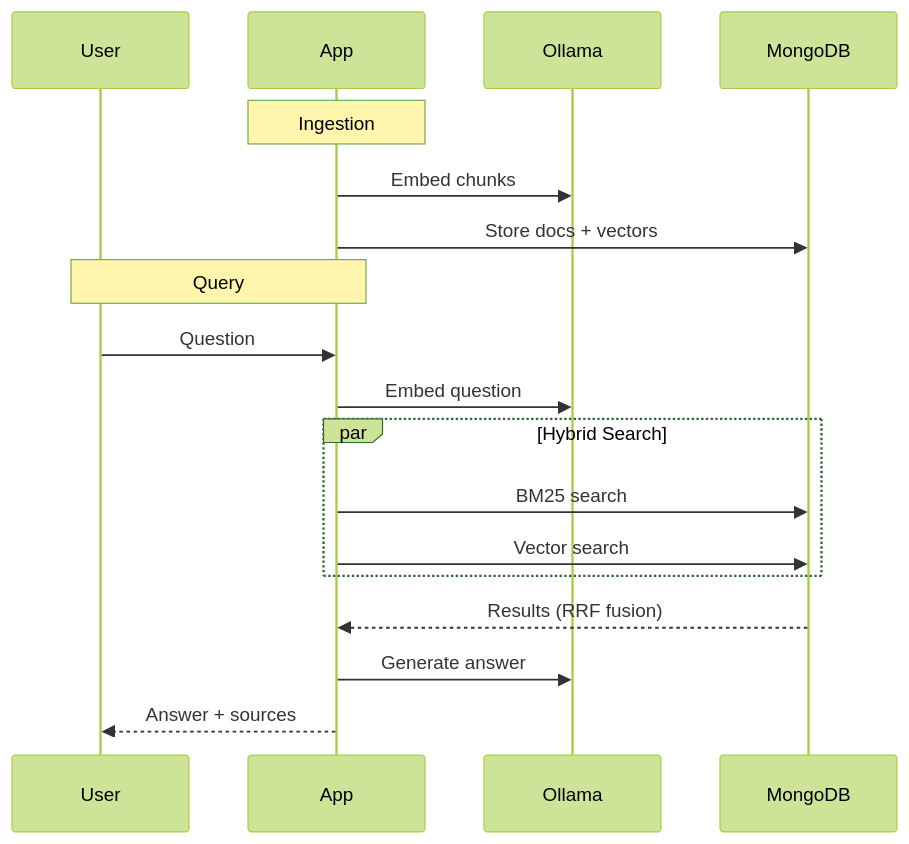
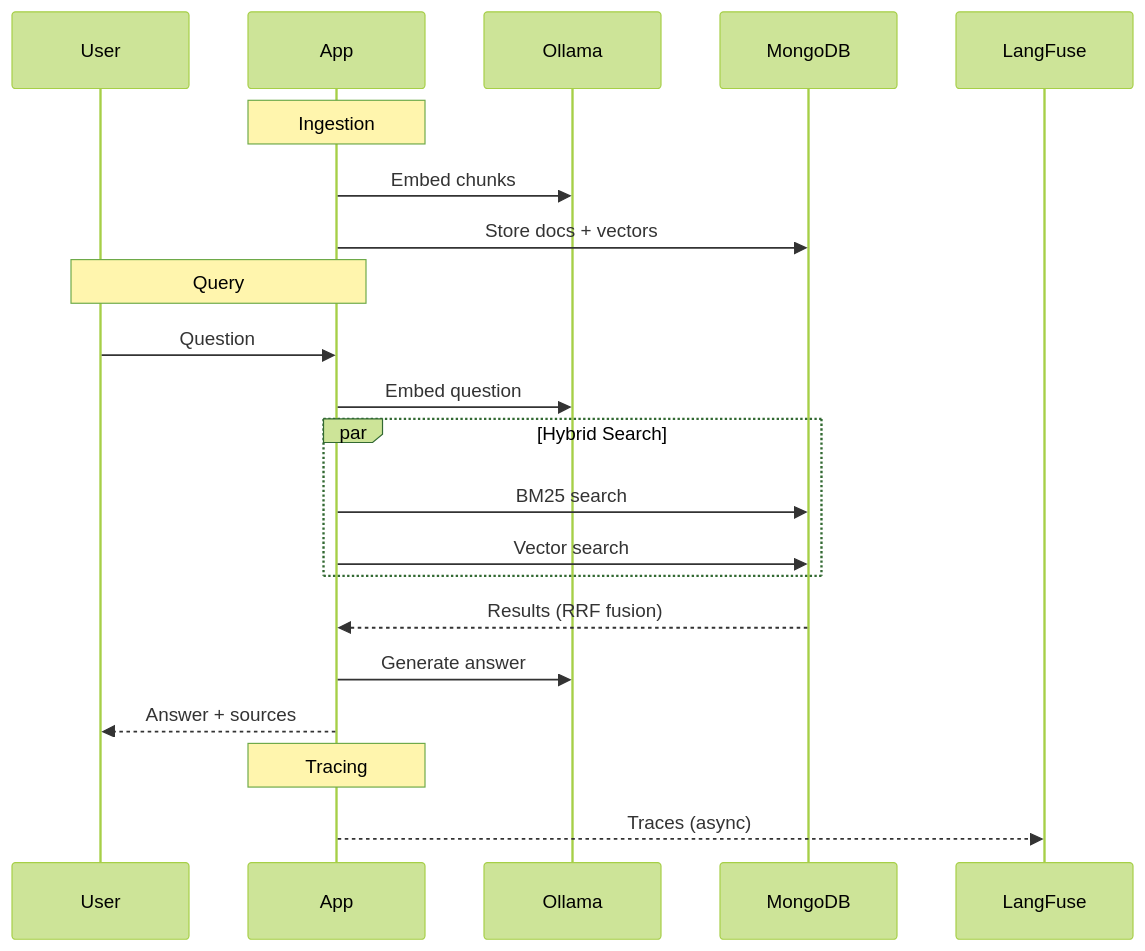
Before and after one commit to mpistrang/rag-assignment: the diagram in README.md, drawn with Mermaid (forest theme). The commit also changed other lines of this file and 2 other files, not shown here.

````diff
--- a/README.md
+++ b/README.md
@@ -9,22 +9,26 @@
 ```mermaid
 sequenceDiagram
     participant U as User
     participant A as App
     participant O as Ollama
     participant M as MongoDB
+    participant L as LangFuse
 
     note over A: Ingestion
     A->>O: Embed chunks
     A->>M: Store docs + vectors
 
     note over U,A: Query
     U->>A: Question
     A->>O: Embed question
     par Hybrid Search
         A->>M: BM25 search
         A->>M: Vector search
     end
     M-->>A: Results (RRF fusion)
     A->>O: Generate answer
     A-->>U: Answer + sources
+
+    note over A: Tracing
+    A-->>L: Traces (async)
 ```
````
